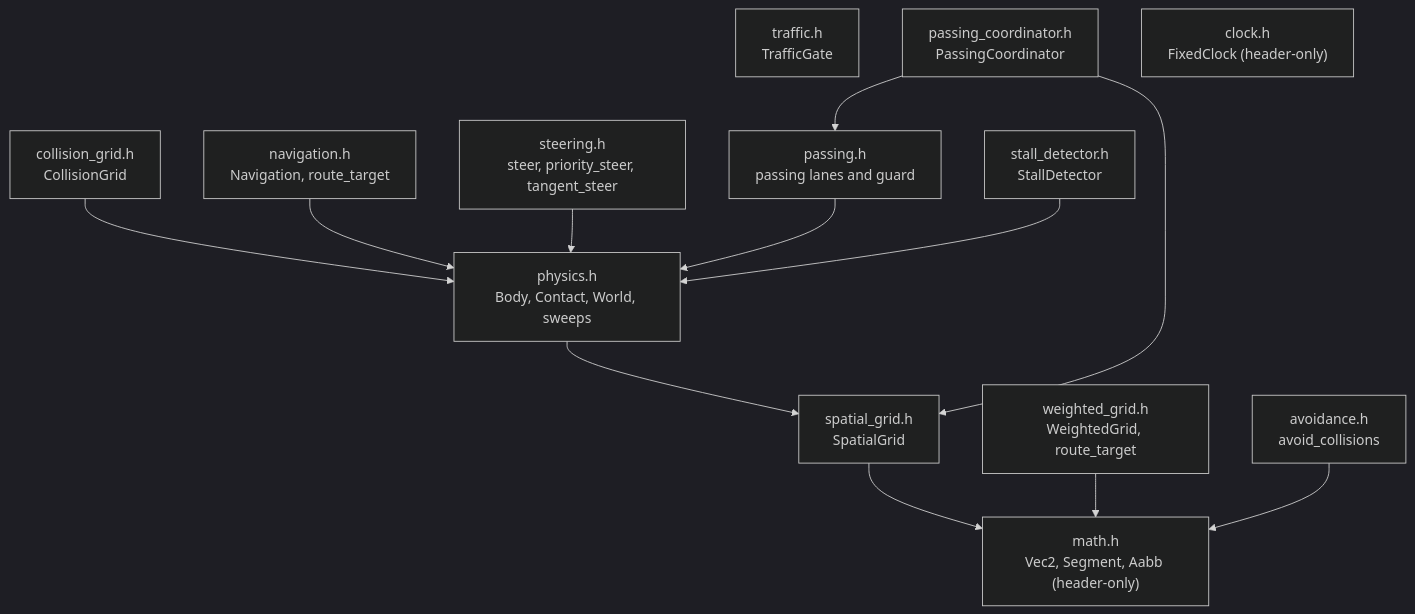
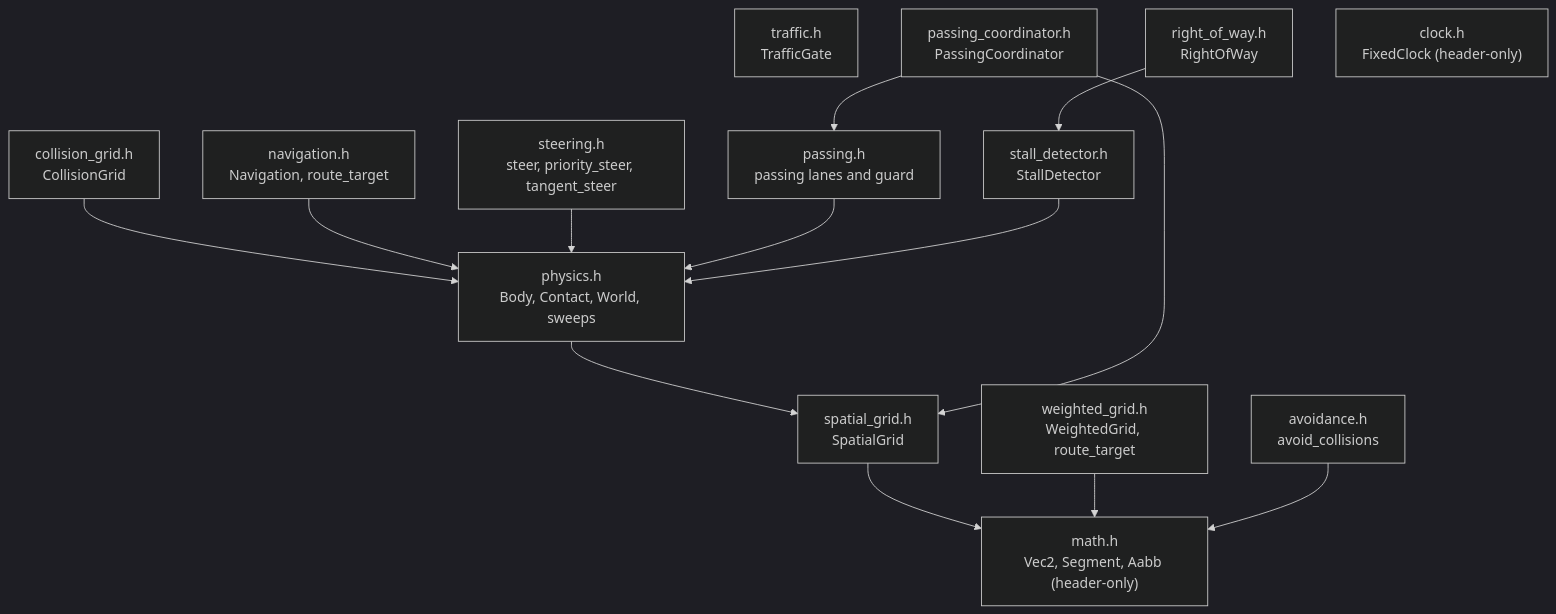
One commit to SMB-M87/Kinetra changed the first of 2 diagrams in src/simulation/README.md. Above: the diagram before and after it, drawn with Mermaid (dark theme). The commit also changed other lines of this file and 12 other files, not shown here.

````diff
--- a/src/simulation/README.md
+++ b/src/simulation/README.md
@@ -41,27 +41,29 @@
 ```mermaid
 flowchart TD
     Math["math.h<br/>Vec2, Segment, Aabb (header-only)"]
     Grid["spatial_grid.h<br/>SpatialGrid"]
     Physics["physics.h<br/>Body, Contact, World, sweeps"]
     CGrid["collision_grid.h<br/>CollisionGrid"]
     Nav["navigation.h<br/>Navigation, route_target"]
     WGrid["weighted_grid.h<br/>WeightedGrid, route_target"]
     Steer["steering.h<br/>steer, priority_steer, tangent_steer"]
     Avoid["avoidance.h<br/>avoid_collisions"]
     Traffic["traffic.h<br/>TrafficGate"]
     Passing["passing.h<br/>passing lanes and guard"]
     Coordinator["passing_coordinator.h<br/>PassingCoordinator"]
     Stall["stall_detector.h<br/>StallDetector"]
+    Right["right_of_way.h<br/>RightOfWay"]
     Clock["clock.h<br/>FixedClock (header-only)"]
     Grid --> Math
     Physics --> Grid
     CGrid --> Physics
     Nav --> Physics
     Steer --> Physics
     WGrid --> Math
     Avoid --> Math
     Passing --> Physics
     Coordinator --> Passing
     Coordinator --> Grid
     Stall --> Physics
+    Right --> Stall
 ```
````
